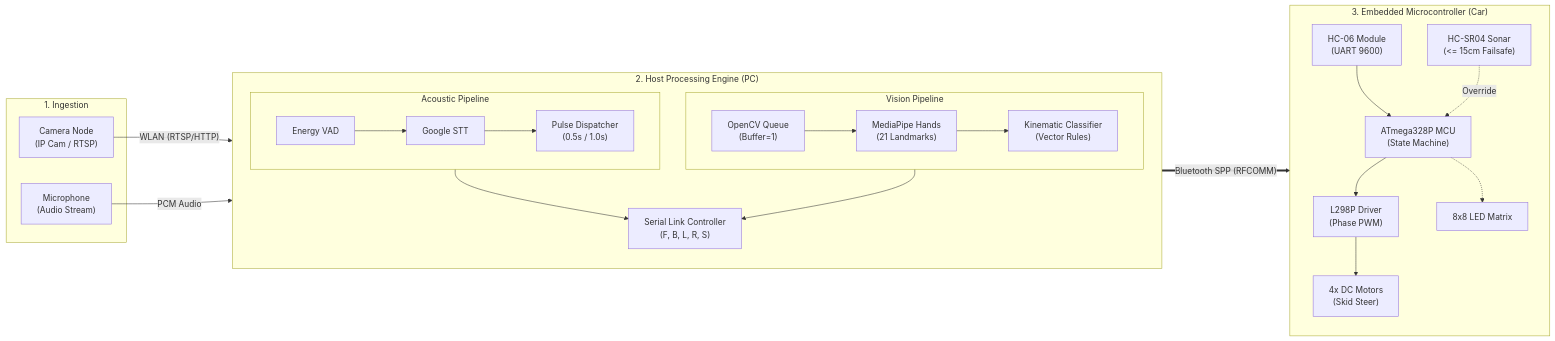
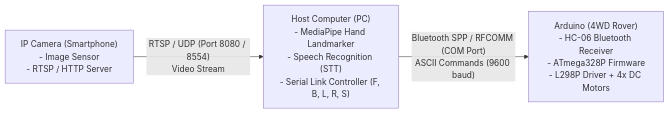
The diagram in README.md (pedro48679/hand_car), drawn with Mermaid before and after one commit.

Commit message:
Readme final

````diff
--- a/README.md
+++ b/README.md
@@ -10,34 +10,11 @@
 ```mermaid
 flowchart LR
-    subgraph S1["1. Ingestion"]
-        CAM["Camera Node<br/>(IP Cam / RTSP)"]
-        MIC["Microphone<br/>(Audio Stream)"]
-    end
+    CAM["IP Camera (Smartphone)<br/>- Image Sensor<br/>- RTSP / HTTP Server"]
+    
+    PC["Host Computer (PC)<br/>- MediaPipe Hand Landmarker<br/>- Speech Recognition (STT)<br/>- Serial Link Controller (F, B, L, R, S)"]
+    
+    ARDUINO["Arduino (4WD Rover)<br/>- HC-06 Bluetooth Receiver<br/>- ATmega328P Firmware<br/>- L298P Driver + 4x DC Motors"]
 
-    subgraph S2["2. Host Processing Engine (PC)"]
-        direction TB
-        subgraph S2_V["Vision Pipeline"]
-            direction LR
-            CV["OpenCV Queue<br/>(Buffer=1)"] --> MP["MediaPipe Hands<br/>(21 Landmarks)"] --> KIN["Kinematic Classifier<br/>(Vector Rules)"]
-        end
-        subgraph S2_A["Acoustic Pipeline"]
-            direction LR
-            VAD["Energy VAD"] --> STT["Google STT"] --> PULSE["Pulse Dispatcher<br/>(0.5s / 1.0s)"]
-        end
-        COMM["Serial Link Controller<br/>(F, B, L, R, S)"]
-        KIN --> COMM
-        PULSE --> COMM
-    end
-
-    subgraph S3["3. Embedded Microcontroller (Car)"]
-        direction TB
-        BT["HC-06 Module<br/>(UART 9600)"] --> MCU["ATmega328P MCU<br/>(State Machine)"]
-        MCU --> DRV["L298P Driver<br/>(Phase PWM)"] --> MTR["4x DC Motors<br/>(Skid Steer)"]
-        SONAR["HC-SR04 Sonar<br/>(<= 15cm Failsafe)"] -.->|Override| MCU
-        MCU -.-> DISP["8x8 LED Matrix"]
-    end
-
-    CAM -->|"WLAN (RTSP/HTTP)"| CV
-    MIC -->|"PCM Audio"| VAD
-    COMM ==>|"Bluetooth SPP (RFCOMM)"| BT
+    CAM -->|"RTSP / UDP (Port 8080 / 8554)<br/>Video Stream"| PC
+    PC -->|"Bluetooth SPP / RFCOMM (COM Port)<br/>ASCII Commands (9600 baud)"| ARDUINO
 ```
````
